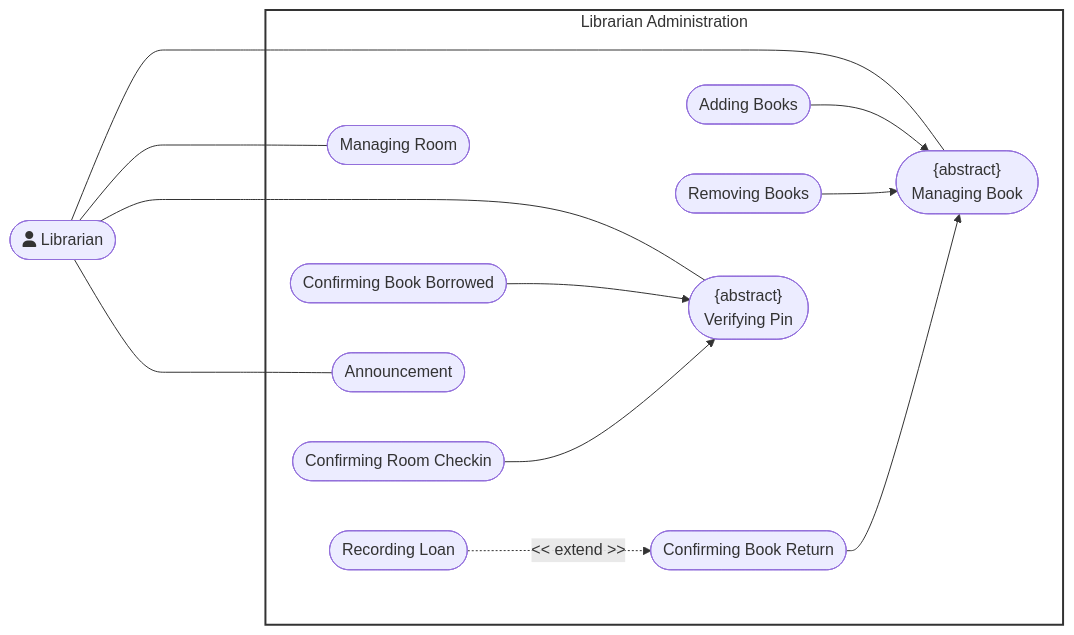
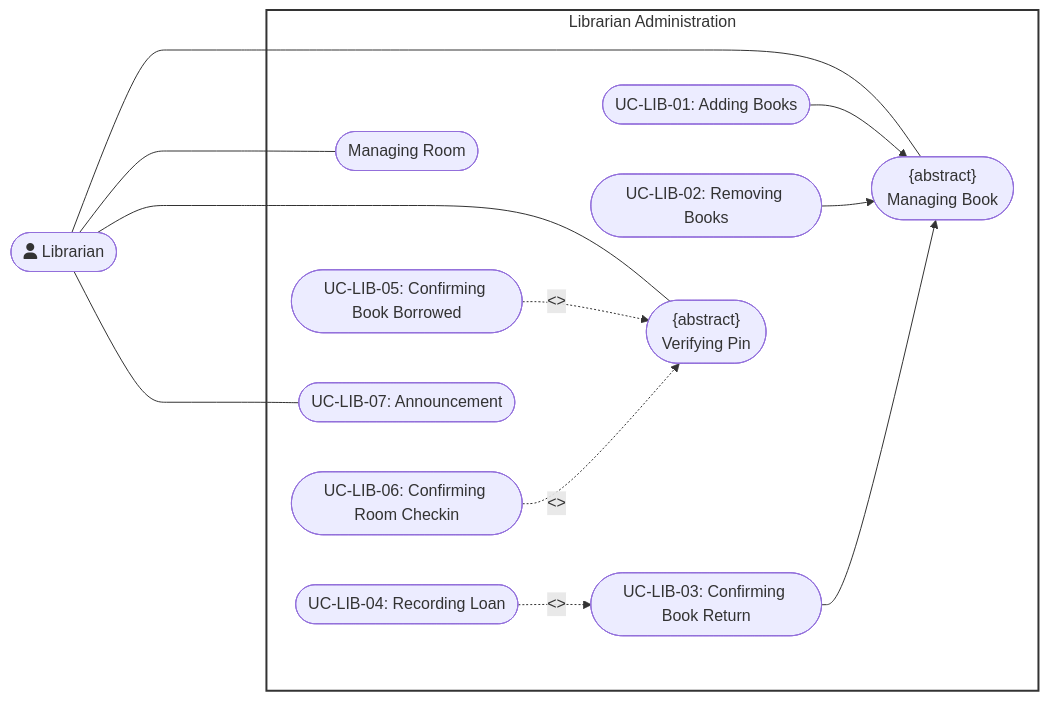
Before and after one commit to DuyNhat1705/AmeThyst-Library: the eighth of 9 diagrams in docs/management/PA3/Use-CaseDiagram.md, drawn with Mermaid. The commit also changed other lines of this file and 67 other files, not shown here.

Commit message:
update the Usecase specification and diagram

````diff
--- a/docs/management/PA3/Use-CaseDiagram.md
+++ b/docs/management/PA3/Use-CaseDiagram.md
@@ -333,26 +331,29 @@
-``` mermaid
+```mermaid
 flowchart LR
  subgraph LibrarianAdministration["Librarian Administration"]
-        UC1(["<center>{abstract}<br>Managing Book</center>"])
-        UC2(["Adding Books"])
-        UC3(["Removing Books"])
-        UC4(["Confirming Book Return"])
-        UC5(["Recording Loan"])
+        UC1(["{abstract}<br>Managing Book"])
+        UC2(["UC-LIB-01: Adding Books"])
+        UC3(["UC-LIB-02: Removing Books"])
+        UC4(["UC-LIB-03: Confirming Book Return"])
+        UC5(["UC-LIB-04: Recording Loan"])
         UC6(["Managing Room"])
-        UC7(["<center>{abstract}<br>Verifying Pin</center>"])
-        UC8(["Confirming Book Borrowed"])
-        UC9(["Confirming Room Checkin"])
-        UC10(["Announcement"])
+        UC7(["{abstract}<br>Verifying Pin"])
+        UC8(["UC-LIB-05: Confirming Book Borrowed"])
+        UC9(["UC-LIB-06: Confirming Room Checkin"])
+        UC10(["UC-LIB-07: Announcement"])
   end
     Librarian(["fa:fa-user Librarian"]) ======= LibrarianAdministration
     Librarian --- UC1 & UC6 & UC7 & UC10
+    
     UC2 --> UC1
     UC3 --> UC1
     UC4 --> UC1
-    UC8 --> UC7
-    UC9 --> UC7
-    UC5 -. &lt;&lt; extend &gt;&gt; .-> UC4
+    
+    %% Fixed: Changed from generalization (-->) to <<include>>
+    UC8 -. "<<include>>" .-> UC7
+    UC9 -. "<<include>>" .-> UC7
+    UC5 -. "<<extend>>" .-> UC4
 
     style LibrarianAdministration fill:#fff,stroke:#333,stroke-width:2px
     linkStyle 0 stroke:transparent
 ```
````
